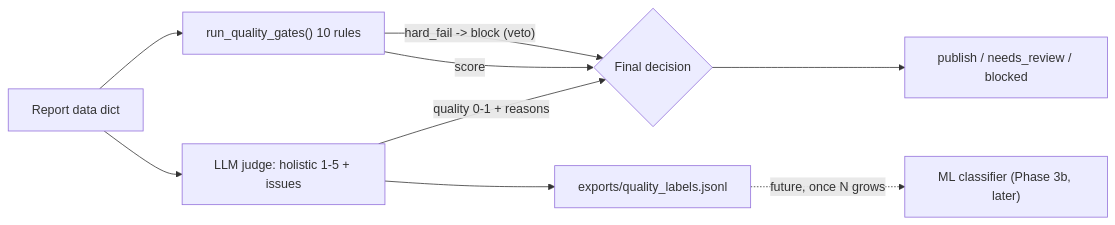
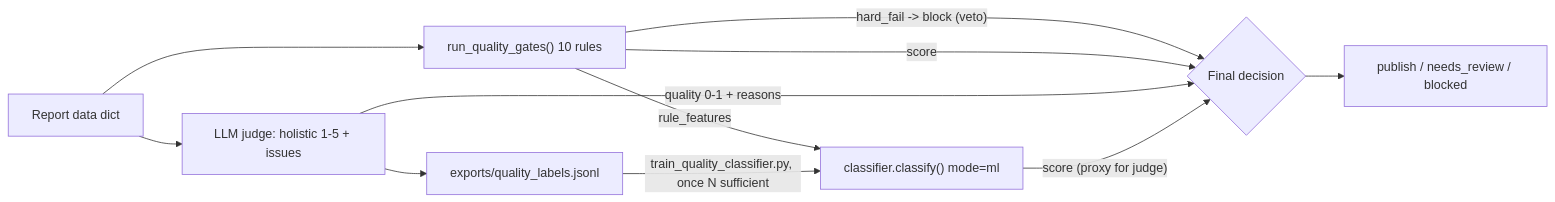
The diagram in docs/Quality-Judge.md (1Touch-dev/Finance-Advanced-Research-Platform), drawn with Mermaid before and after one commit. The commit also changed other lines of this file and 14 other files, not shown here.

````diff
--- a/docs/Quality-Judge.md
+++ b/docs/Quality-Judge.md
@@ -32,11 +32,13 @@
 ```mermaid
 flowchart LR
   report[Report data dict] --> rules["run_quality_gates() 10 rules"]
   report --> judge["LLM judge: holistic 1-5 + issues"]
   rules -->|"hard_fail -> block (veto)"| decision{Final decision}
   rules -->|score| decision
   judge -->|"quality 0-1 + reasons"| decision
+  rules -->|rule_features| classifier["classifier.classify() mode=ml"]
+  classifier -->|"score (proxy for judge)"| decision
   judge --> labellog["exports/quality_labels.jsonl"]
-  labellog -.->|"future, once N grows"| mlclassifier["ML classifier (Phase 3b, later)"]
+  labellog -->|"train_quality_classifier.py, once N sufficient"| classifier
   decision --> out["publish / needs_review / blocked"]
 ```
````
